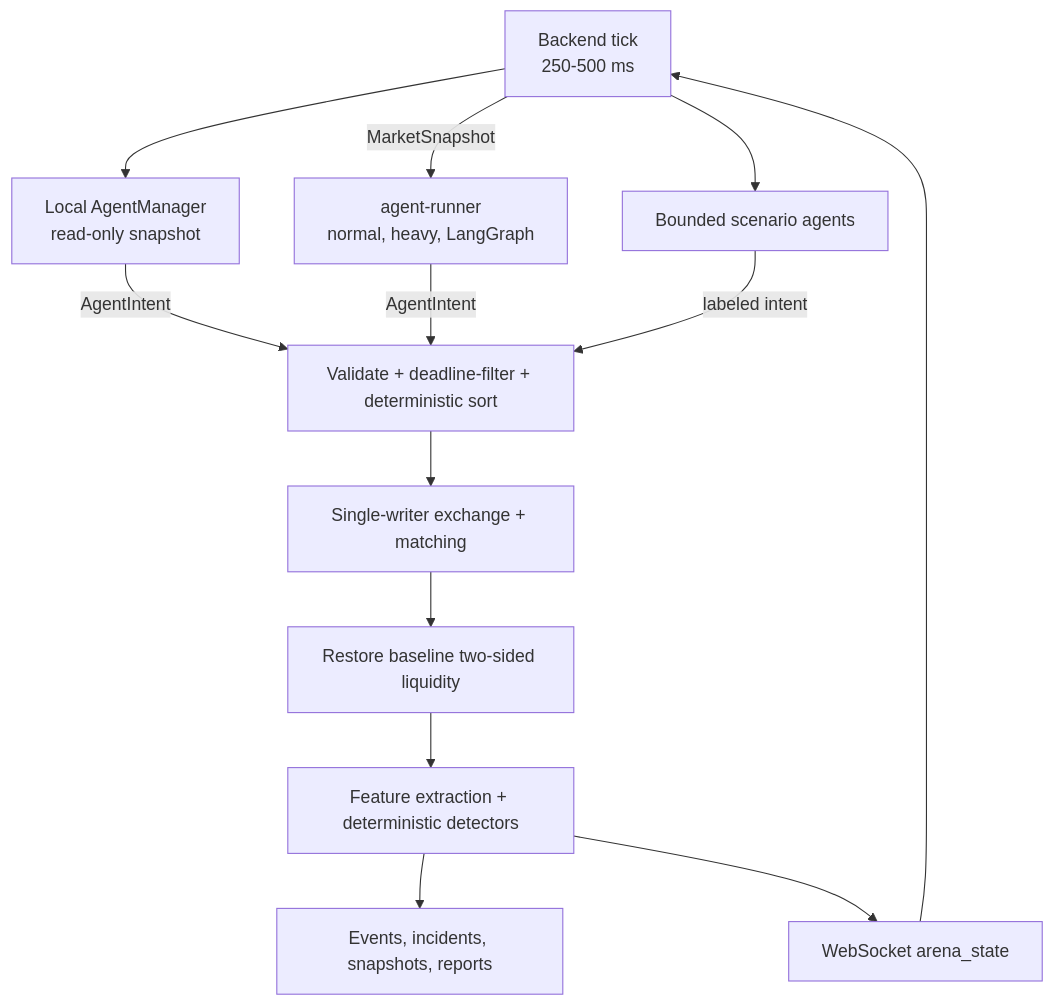
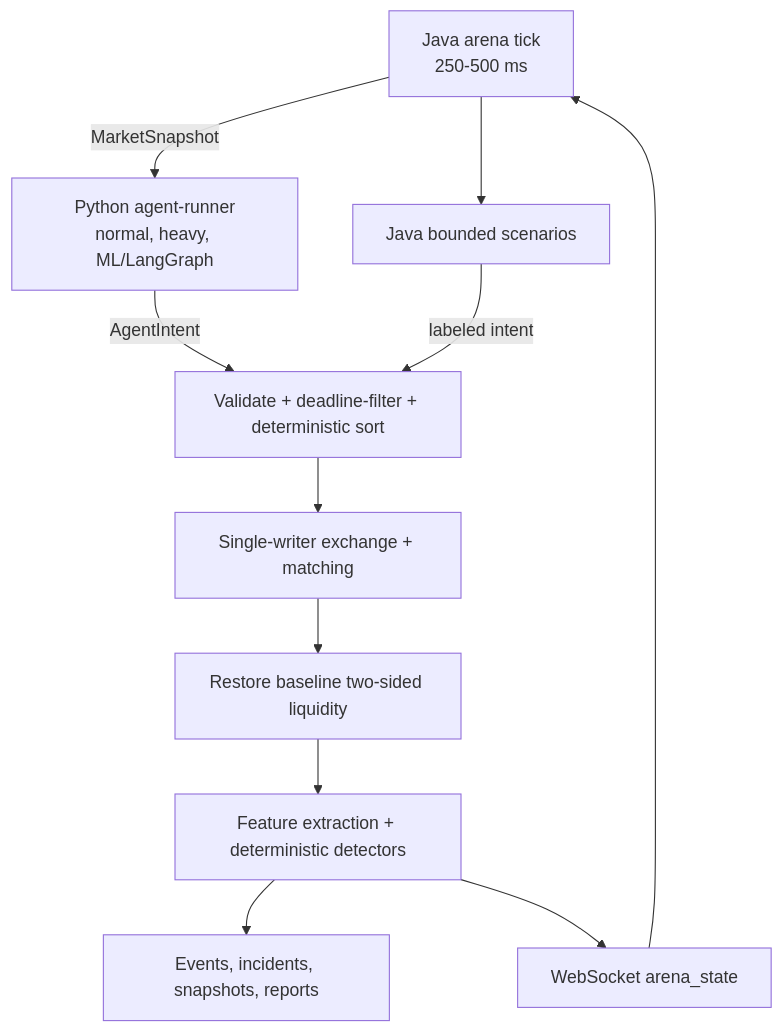
One commit to khab40/aimada changed the diagram in docs/runtime-model.md. Above: the diagram before and after it, drawn with Mermaid. The commit also changed other lines of this file and 57 other files, not shown here.

Commit message:
feat: cut over live arena to Java

````diff
--- a/docs/runtime-model.md
+++ b/docs/runtime-model.md
@@ -11,26 +11,23 @@
 ```mermaid
 flowchart TD
-    Tick["Backend tick<br/>250-500 ms"]
-    Local["Local AgentManager<br/>read-only snapshot"]
-    Remote["agent-runner<br/>normal, heavy, LangGraph"]
-    Scenario["Bounded scenario agents"]
+    Tick["Java arena tick<br/>250-500 ms"]
+    Remote["Python agent-runner<br/>normal, heavy, ML/LangGraph"]
+    Scenario["Java bounded scenarios"]
     Sort["Validate + deadline-filter + deterministic sort"]
     Exchange["Single-writer exchange + matching"]
     Guard["Restore baseline two-sided liquidity"]
     Detect["Feature extraction + deterministic detectors"]
     Persist["Events, incidents, snapshots, reports"]
     UI["WebSocket arena_state"]
 
-    Tick --> Local
     Tick -->|"MarketSnapshot"| Remote
     Tick --> Scenario
-    Local -->|"AgentIntent"| Sort
     Remote -->|"AgentIntent"| Sort
     Scenario -->|"labeled intent"| Sort
     Sort --> Exchange
     Exchange --> Guard
     Guard --> Detect
     Detect --> Persist
     Detect --> UI
     UI --> Tick
 ```
````
